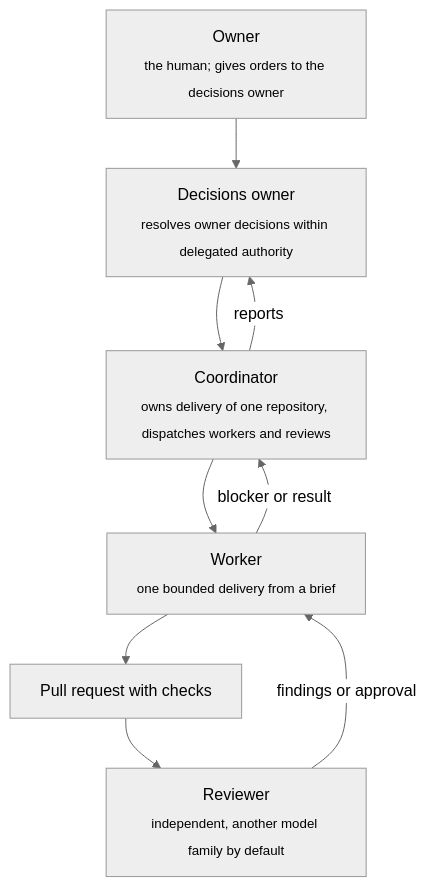
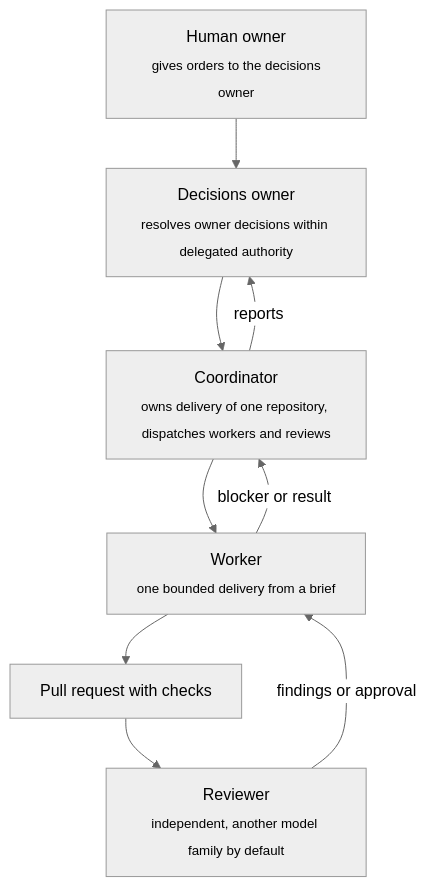
One commit to feder-positronics/loop-zero changed the third of 3 diagrams in docs/WORKFLOW.md. Above: the diagram before and after it, drawn with Mermaid (neutral theme). The commit also changed other lines of this file and 4 other files, not shown here.

````diff
--- a/docs/WORKFLOW.md
+++ b/docs/WORKFLOW.md
@@ -51,11 +51,11 @@
 ```mermaid
 flowchart TD
-    O["Owner<br/><sub>the human; gives orders to the decisions owner</sub>"] --> D["Decisions owner<br/><sub>resolves owner decisions within delegated authority</sub>"]
+    O["Human owner<br/><sub> gives orders to the decisions owner</sub>"] --> D["Decisions owner<br/><sub>resolves owner decisions within delegated authority</sub>"]
     D --> C["Coordinator<br/><sub>owns delivery of one repository, dispatches workers and reviews</sub>"]
     C --> W["Worker<br/><sub>one bounded delivery from a brief</sub>"]
     W --> P["Pull request with checks"]
     P --> R["Reviewer<br/><sub>independent, another model family by default</sub>"]
     R -->|findings or approval| W
     W -->|blocker or result| C
     C -->|reports| D
 ```
````
